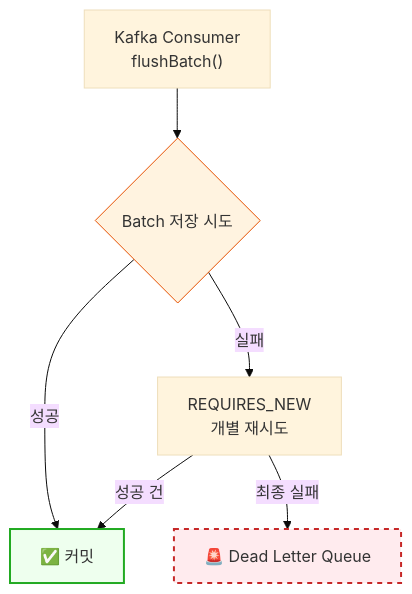
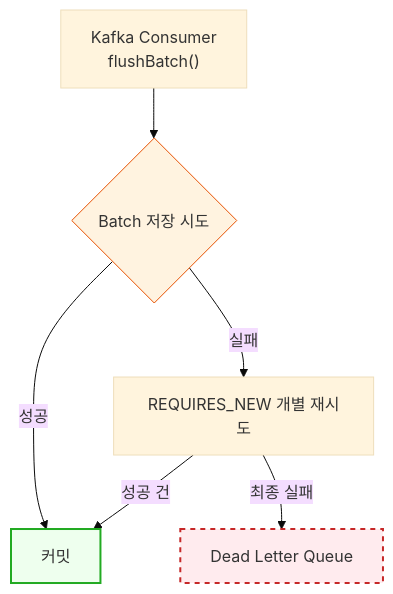
Before and after one commit to NileTheKing/marketing-intelligence-platform: the fourth of 15 diagrams in docs/PORTFOLIO_DIAGRAMS.md, drawn with Mermaid (base theme). The commit also changed other lines of this file and 2 other files, not shown here.

Commit message:
docs: redesign README for professional portfolio and fix network diagram syntax

````diff
--- a/docs/PORTFOLIO_DIAGRAMS.md
+++ b/docs/PORTFOLIO_DIAGRAMS.md
@@ -98,15 +89,15 @@
 ```mermaid
 flowchart TD
     Consumer["Kafka Consumer<br/>flushBatch()"] --> BatchTry{"Batch 저장 시도"}
 
-    BatchTry -->|"성공"| Commit["✅ 커밋"]
-    BatchTry -->|"실패"| Retry["REQUIRES_NEW<br/>개별 재시도"]
+    BatchTry -->|"성공"| Commit["커밋"]
+    BatchTry -->|"실패"| Retry["REQUIRES_NEW 개별 재시도"]
 
     Retry -->|"성공 건"| Commit
-    Retry -->|"최종 실패"| DLQ["🚨 Dead Letter Queue"]
+    Retry -->|"최종 실패"| DLQ["Dead Letter Queue"]
 
     style BatchTry fill:#fff3e0,stroke:#e65100;
     style DLQ fill:#ffebee,stroke:#c62828,stroke-width:2px,stroke-dasharray: 5 5;
     classDef success fill:#efe,stroke:#2a2,stroke-width:2px;
     class Commit success;
 ```
````
